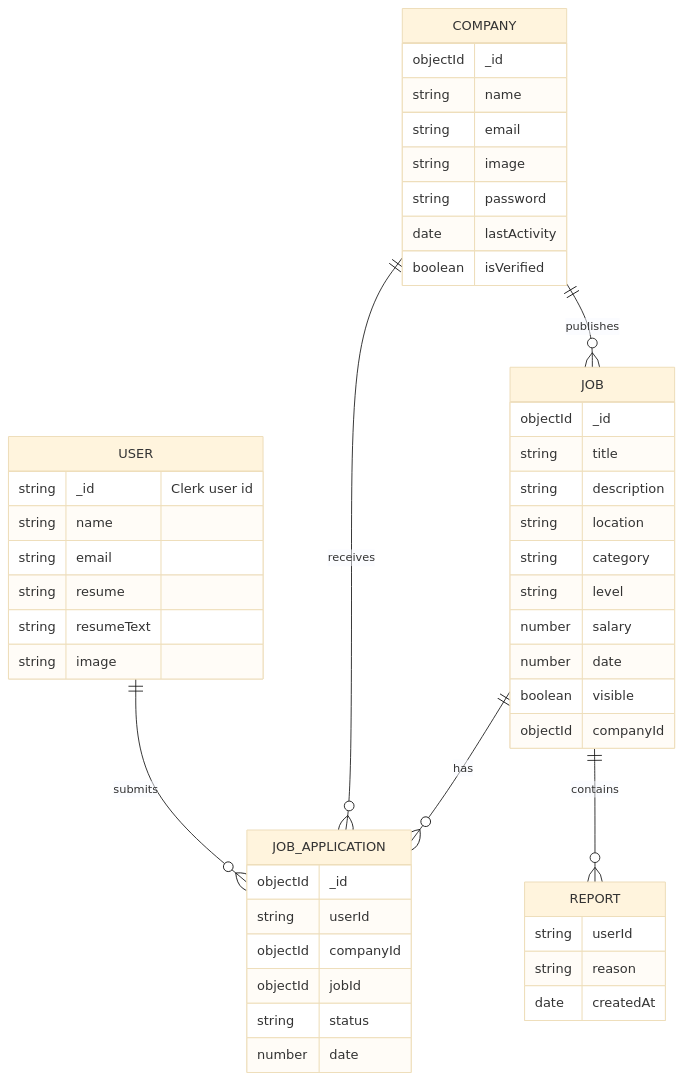
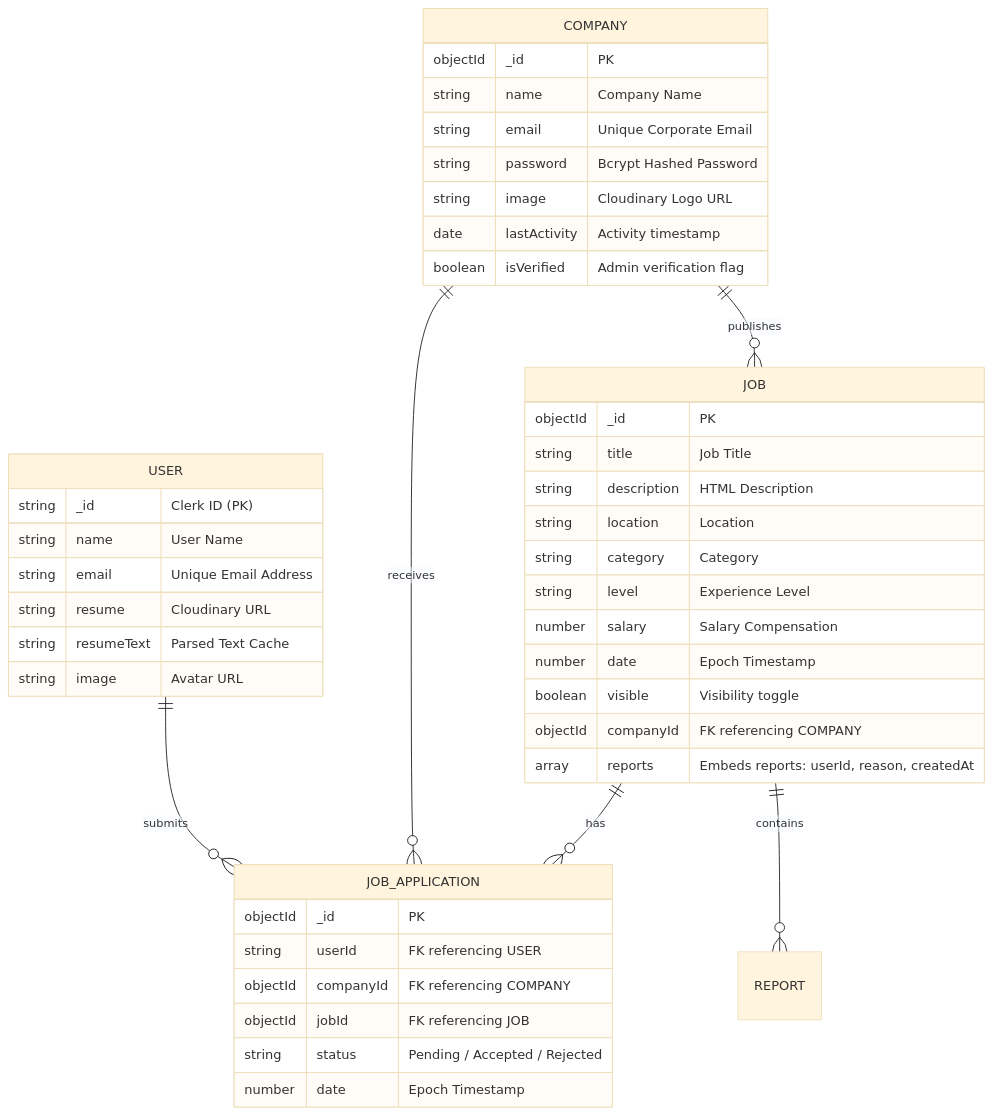
The third of 3 diagrams in README.md (SarthakDudhe/InsiderJobs), drawn with Mermaid (base theme) before and after one commit. The commit also changed other lines of this file and 4 other files, not shown here.

````diff
--- a/README.md
+++ b/README.md
@@ -391,55 +197,50 @@
 ```mermaid
 erDiagram
-  USER ||--o{ JOB_APPLICATION : submits
-  COMPANY ||--o{ JOB : publishes
-  COMPANY ||--o{ JOB_APPLICATION : receives
-  JOB ||--o{ JOB_APPLICATION : has
-  JOB ||--o{ REPORT : contains
+    USER ||--o{ JOB_APPLICATION : submits
+    COMPANY ||--o{ JOB : publishes
+    COMPANY ||--o{ JOB_APPLICATION : receives
+    JOB ||--o{ JOB_APPLICATION : has
+    JOB ||--o{ REPORT : contains
 
-  USER {
-    string _id "Clerk user id"
-    string name
-    string email
-    string resume
-    string resumeText
-    string image
-  }
+    USER {
+        string _id "Clerk ID (PK)"
+        string name "User Name"
+        string email "Unique Email Address"
+        string resume "Cloudinary URL"
+        string resumeText "Parsed Text Cache"
+        string image "Avatar URL"
+    }
 
-  COMPANY {
-    objectId _id
-    string name
-    string email
-    string image
-    string password
-    date lastActivity
-    boolean isVerified
-  }
+    COMPANY {
+        objectId _id "PK"
+        string name "Company Name"
+        string email "Unique Corporate Email"
+        string password "Bcrypt Hashed Password"
+        string image "Cloudinary Logo URL"
+        date lastActivity "Activity timestamp"
+        boolean isVerified "Admin verification flag"
+    }
 
-  JOB {
-    objectId _id
-    string title
-    string description
-    string location
-    string category
-    string level
-    number salary
-    number date
-    boolean visible
-    objectId companyId
-  }
+    JOB {
+        objectId _id "PK"
+        string title "Job Title"
+        string description "HTML Description"
+        string location "Location"
+        string category "Category"
+        string level "Experience Level"
+        number salary "Salary Compensation"
+        number date "Epoch Timestamp"
+        boolean visible "Visibility toggle"
+        objectId companyId "FK referencing COMPANY"
+        array reports "Embeds reports: userId, reason, createdAt"
+    }
 
-  JOB_APPLICATION {
-    objectId _id
-    string userId
-    objectId companyId
-    objectId jobId
-    string status
-    number date
-  }
-
-  REPORT {
-    string userId
-    string reason
-    date createdAt
-  }
+    JOB_APPLICATION {
+        objectId _id "PK"
+        string userId "FK referencing USER"
+        objectId companyId "FK referencing COMPANY"
+        objectId jobId "FK referencing JOB"
+        string status "Pending / Accepted / Rejected"
+        number date "Epoch Timestamp"
+    }
 ```
````
